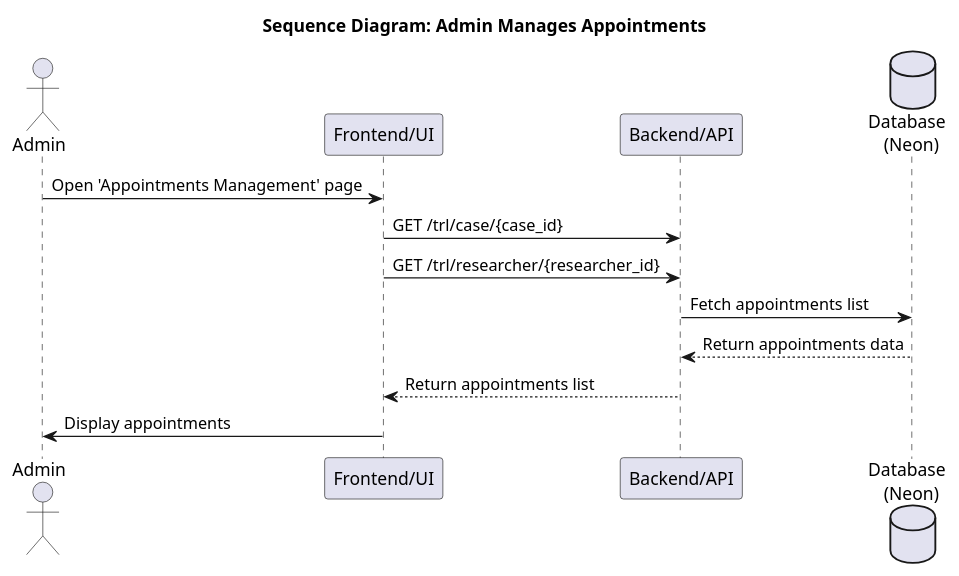
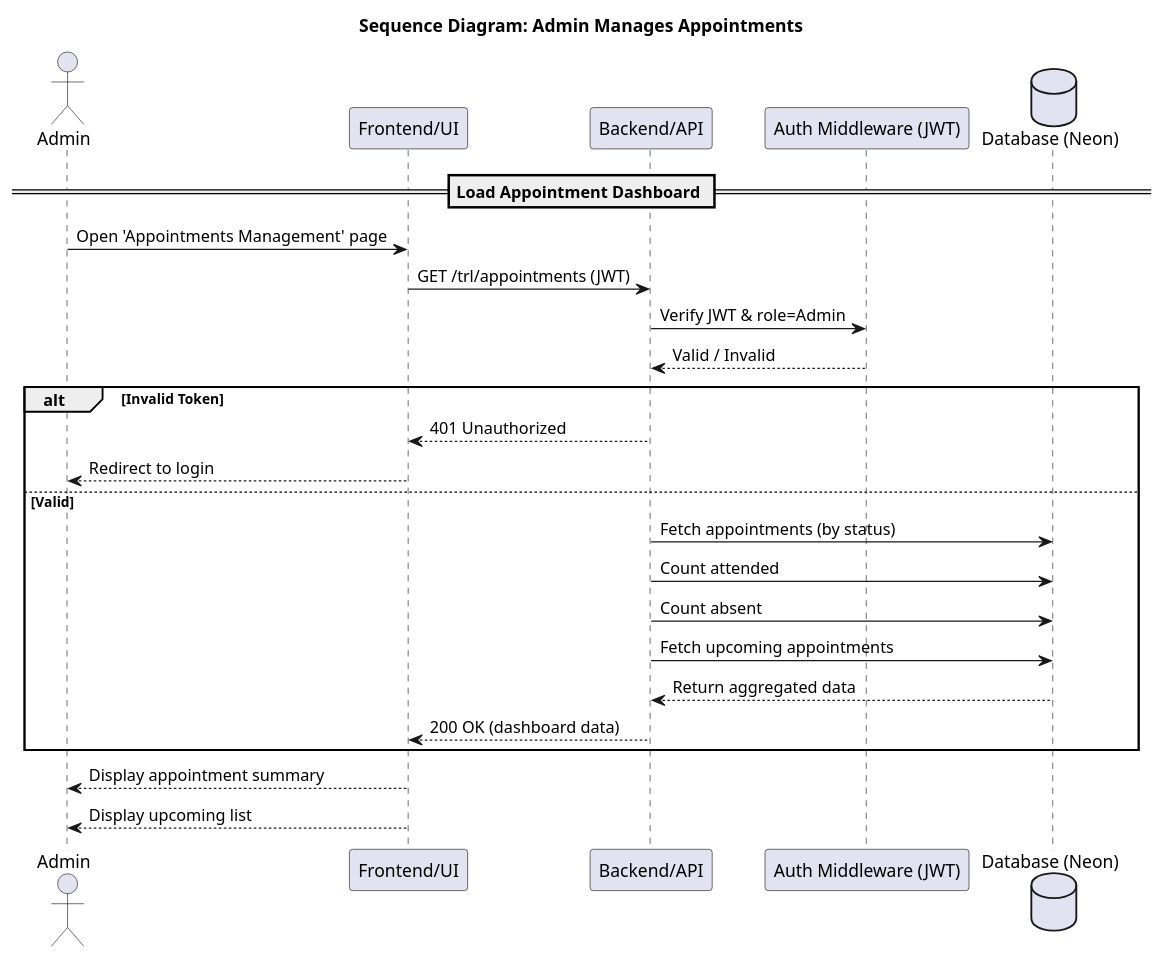
Before and after one commit to punyanuch-h/trl-research-frontend: the diagram in sequence diagram/admin/admin_manage_appointments.puml, drawn with PlantUML. The commit also changed 17 other files, not shown here.

Commit message:
fix(SCRUM-245): fix sequence diagram

```diff
--- a/sequence diagram/admin/admin_manage_appointments.puml
+++ b/sequence diagram/admin/admin_manage_appointments.puml
@@ -1,17 +1,32 @@
 @startuml
 title Sequence Diagram: Admin Manages Appointments
-
 actor Admin
 participant "Frontend/UI" as UI
 participant "Backend/API" as API
-database "Database \n (Neon)" as DB
+participant "Auth Middleware (JWT)" as AUTH
+database "Database (Neon)" as DB
+
+== Load Appointment Dashboard ==
 
 Admin -> UI: Open 'Appointments Management' page
-UI -> API: GET /trl/case/{case_id}
-UI -> API: GET /trl/researcher/{researcher_id}
-API -> DB: Fetch appointments list
-DB --> API: Return appointments data
-API --> UI: Return appointments list
-UI -> Admin: Display appointments
+UI -> API: GET /trl/appointments (JWT)
+
+API -> AUTH: Verify JWT & role=Admin
+AUTH --> API: Valid / Invalid
+
+alt Invalid Token
+    API --> UI: 401 Unauthorized
+    UI --> Admin: Redirect to login
+else Valid
+    API -> DB: Fetch appointments (by status)
+    API -> DB: Count attended
+    API -> DB: Count absent
+    API -> DB: Fetch upcoming appointments
+    DB --> API: Return aggregated data
+    API --> UI: 200 OK (dashboard data)
+end
+
+UI --> Admin: Display appointment summary
+UI --> Admin: Display upcoming list
 
 @enduml
```
